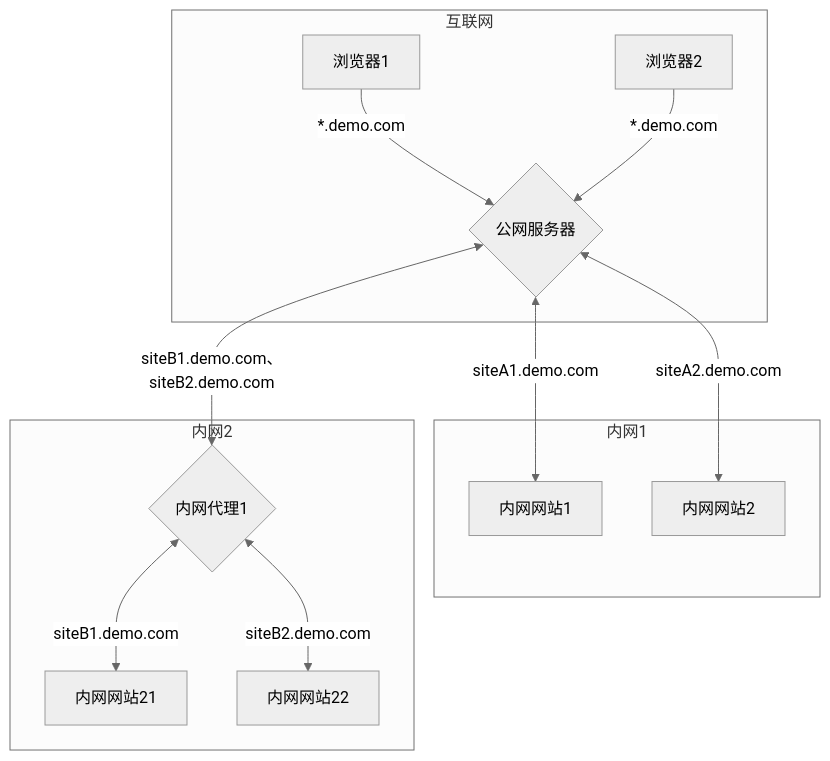
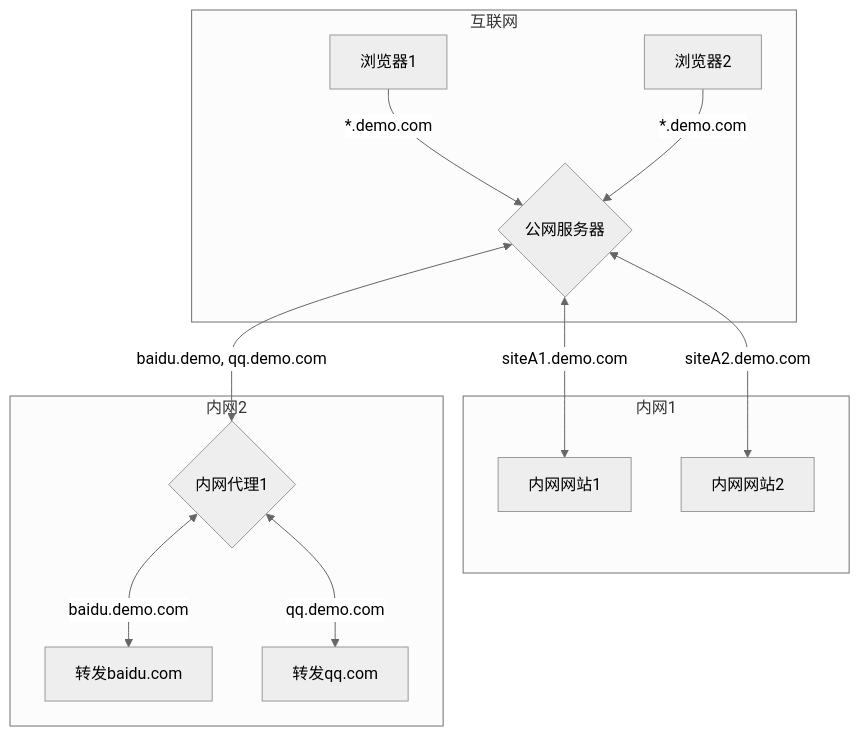
The diagram in samples/aspnet-sites-tunnel/README.md (xljiulang/CYarp), drawn with Mermaid (neutral theme) before and after one commit. The commit also changed other lines of this file and 9 other files, not shown here.

````diff
--- a/samples/aspnet-sites-tunnel/README.md
+++ b/samples/aspnet-sites-tunnel/README.md
@@ -7,20 +7,20 @@
 ```mermaid
 flowchart TD;
     subgraph 互联网
     浏览器1--*.demo.com-->公网服务器{公网服务器};
     浏览器2--*.demo.com-->公网服务器;
     end
 
     subgraph 内网1
     公网服务器<--siteA1.demo.com-->内网网站1;
     公网服务器<--siteA2.demo.com-->内网网站2;
     end
 
     subgraph 内网2
-    公网服务器<--siteB1.demo.com、siteB2.demo.com-->内网代理1{内网代理1};
+    公网服务器<--baidu.demo, qq.demo.com-->内网代理1{内网代理1};
 
-    内网代理1<--siteB1.demo.com-->内网网站21;
-    内网代理1<--siteB2.demo.com-->内网网站22;
+    内网代理1<--baidu.demo.com-->转发baidu.com;
+    内网代理1<--qq.demo.com-->转发qq.com
     end
 
 ```
````
